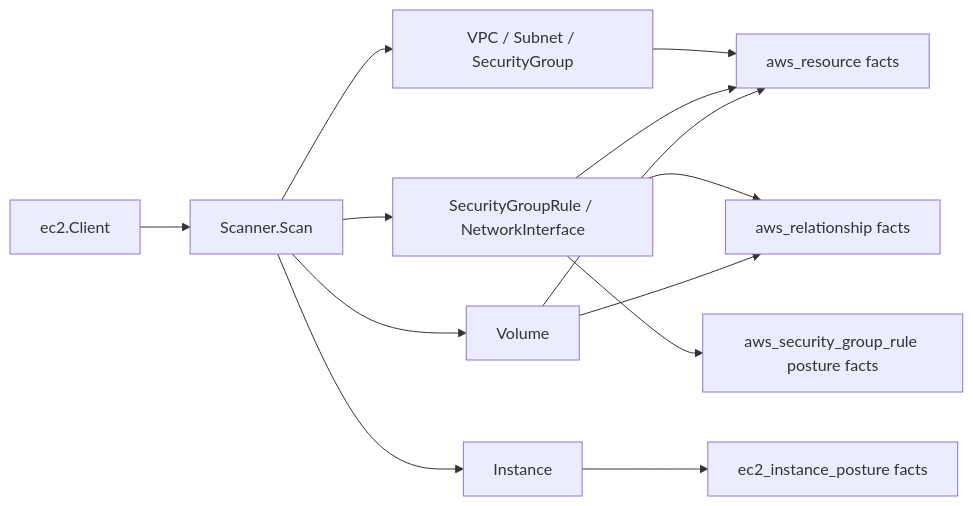
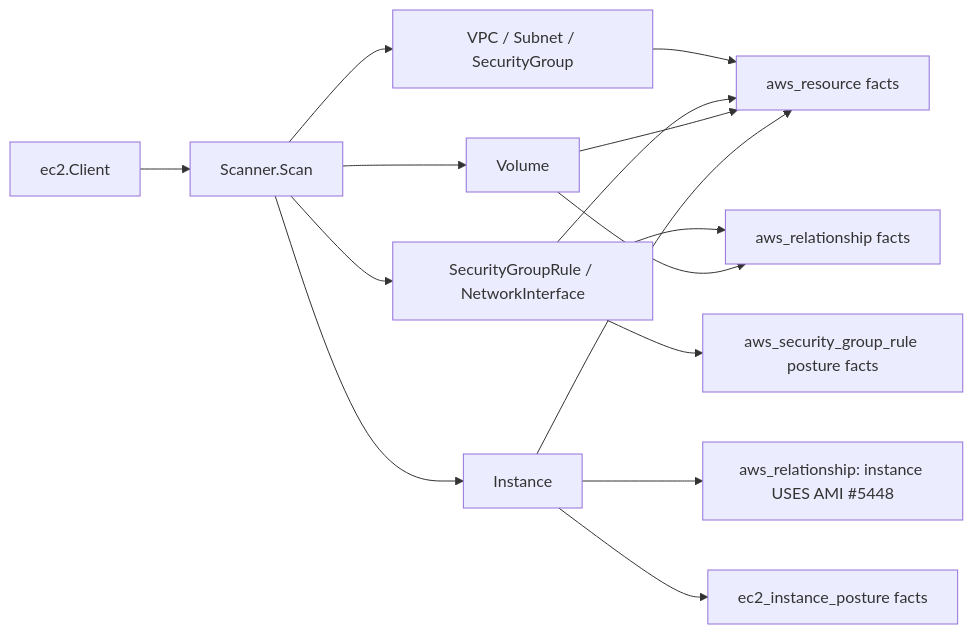
Before and after one commit to eshu-hq/eshu: the diagram in go/internal/collector/awscloud/services/ec2/README.md, drawn with Mermaid. The commit also changed other lines of this file and 45 other files, not shown here.

````diff
--- a/go/internal/collector/awscloud/services/ec2/README.md
+++ b/go/internal/collector/awscloud/services/ec2/README.md
@@ -39,15 +54,17 @@
 ```mermaid
 flowchart LR
   A["ec2.Client"] --> B["Scanner.Scan"]
   B --> C["VPC / Subnet / SecurityGroup"]
   B --> D["SecurityGroupRule / NetworkInterface"]
   B --> H["Instance"]
   B --> J["Volume"]
   C --> E["aws_resource facts"]
   D --> E
   J --> E
+  H --> E
   D --> F["aws_relationship facts"]
   J --> F
+  H --> K["aws_relationship: instance USES AMI #5448"]
   D --> G["aws_security_group_rule posture facts"]
   H --> I["ec2_instance_posture facts"]
 ```
````
